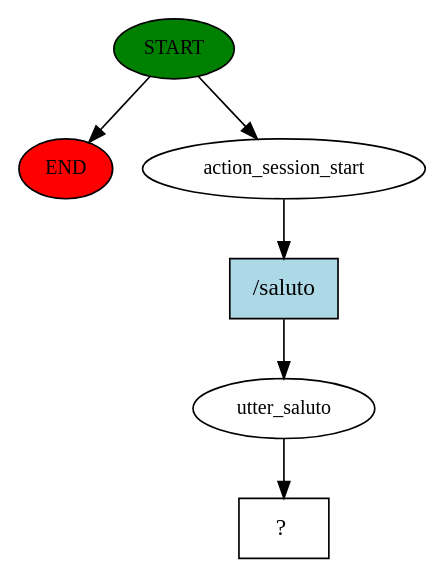
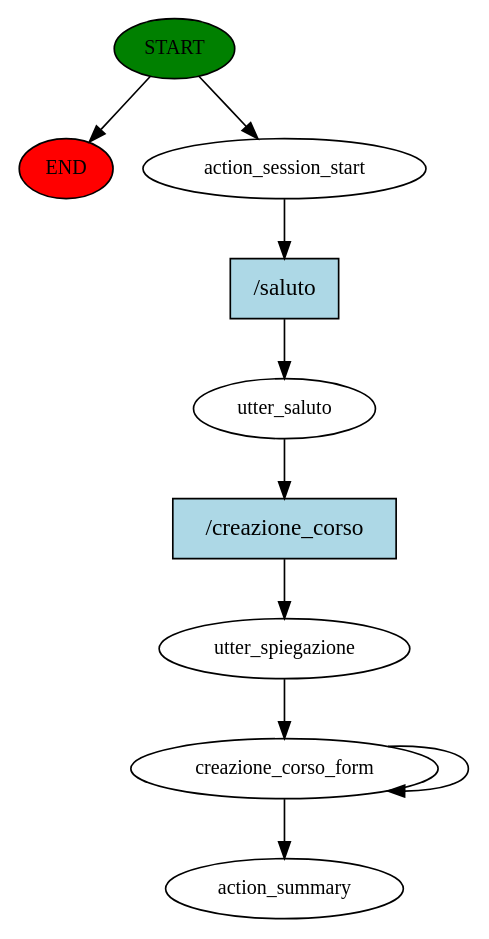
Before and after one commit to irenemante/corsi_chatbot: the diagram in story_graph.dot, drawn with Graphviz. The commit also changed 20 other files, not shown here.

```diff
--- a/story_graph.dot
+++ b/story_graph.dot
@@ -1,13 +1,20 @@
 digraph  {
 0 [class="start active", fillcolor=green, fontsize=12, label=START, style=filled];
 "-1" [class=end, fillcolor=red, fontsize=12, label=END, style=filled];
 1 [class=active, fontsize=12, label=action_session_start];
 2 [class=active, fontsize=12, label=utter_saluto];
-3 [class="intent dashed active", label="  ?  ", shape=rect];
-4 [class="intent active", fillcolor=lightblue, label="/saluto", shape=rect, style=filled];
+3 [class=active, fontsize=12, label=utter_spiegazione];
+4 [class=active, fontsize=12, label=creazione_corso_form];
+6 [class="dashed active", fontsize=12, label=action_summary];
+7 [class="intent active", fillcolor=lightblue, label="/saluto", shape=rect, style=filled];
+8 [class="intent active", fillcolor=lightblue, label="/creazione_corso", shape=rect, style=filled];
 0 -> "-1"  [class="", key=NONE, label=""];
 0 -> 1  [class=active, key=NONE, label=""];
-1 -> 4  [class=active, key=0];
-2 -> 3  [class=active, key=NONE, label=""];
-4 -> 2  [class=active, key=0];
+1 -> 7  [class=active, key=0];
+2 -> 8  [class=active, key=0];
+3 -> 4  [class=active, key=NONE, label=""];
+4 -> 6  [class=active, key=NONE, label=""];
+4 -> 4  [class=active, key=NONE, label=""];
+7 -> 2  [class=active, key=0];
+8 -> 3  [class=active, key=0];
 }
```
